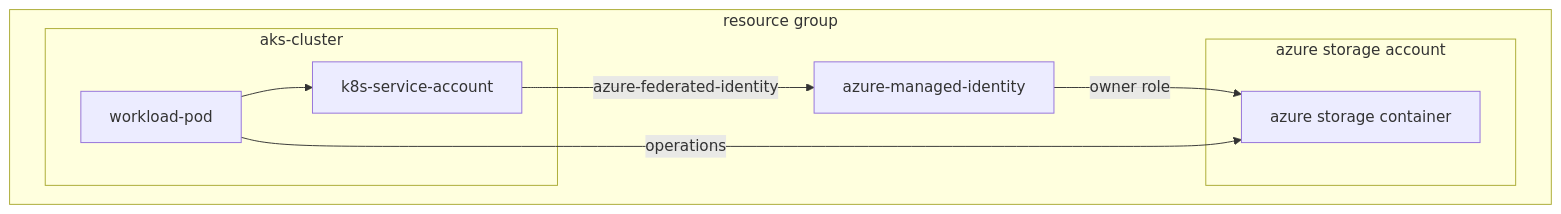
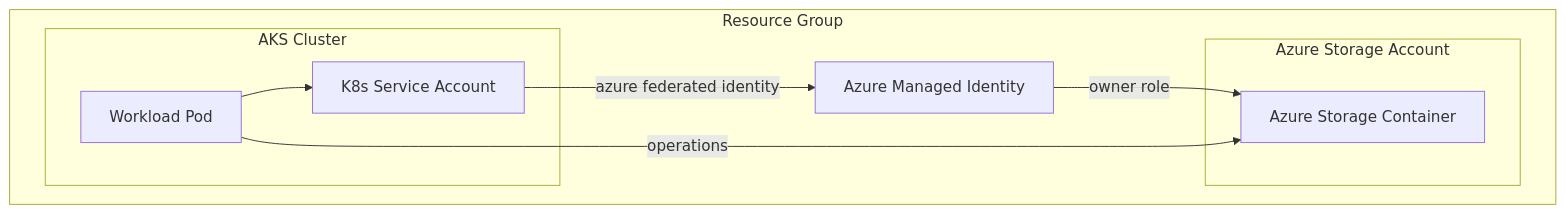
The first of 2 diagrams in examples/blob-storage/README.md (humanitec-architecture/resource-packs-azure), drawn with Mermaid before and after one commit. The commit also changed other lines of this file and 6 other files, not shown here.

Commit message:
feat: add infrastructure and orchestrator diagrams

````diff
--- a/examples/blob-storage/README.md
+++ b/examples/blob-storage/README.md
@@ -30,14 +28,14 @@
 ```mermaid
 graph TD;
-    subgraph resource group
-        subgraph account["azure storage account"]
-            container["azure storage container"]
+    subgraph Resource Group
+        subgraph account["Azure Storage Account"]
+            container["Azure Storage Container"]
         end
-        k8s-service-account -- azure-federated-identity --> azure-managed-identity
+        k8s-service-account["K8s Service Account"] -- azure federated identity --> azure-managed-identity["Azure Managed Identity"]
         azure-managed-identity -- owner role --> container
-        subgraph aks-cluster
-            workload-pod --> k8s-service-account
+        subgraph AKS Cluster
+            workload-pod["Workload Pod"] --> k8s-service-account
             workload-pod -- operations --> container
         end
     end
 ```
````
